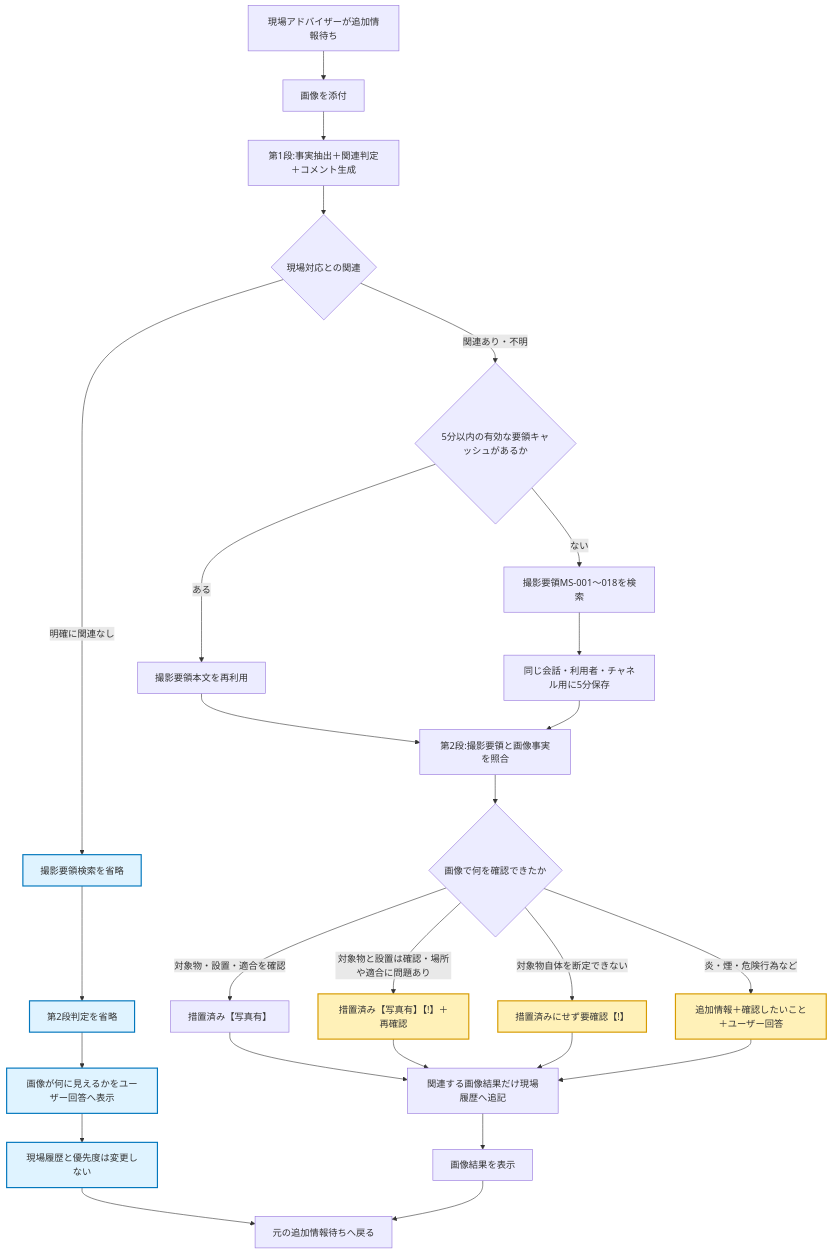
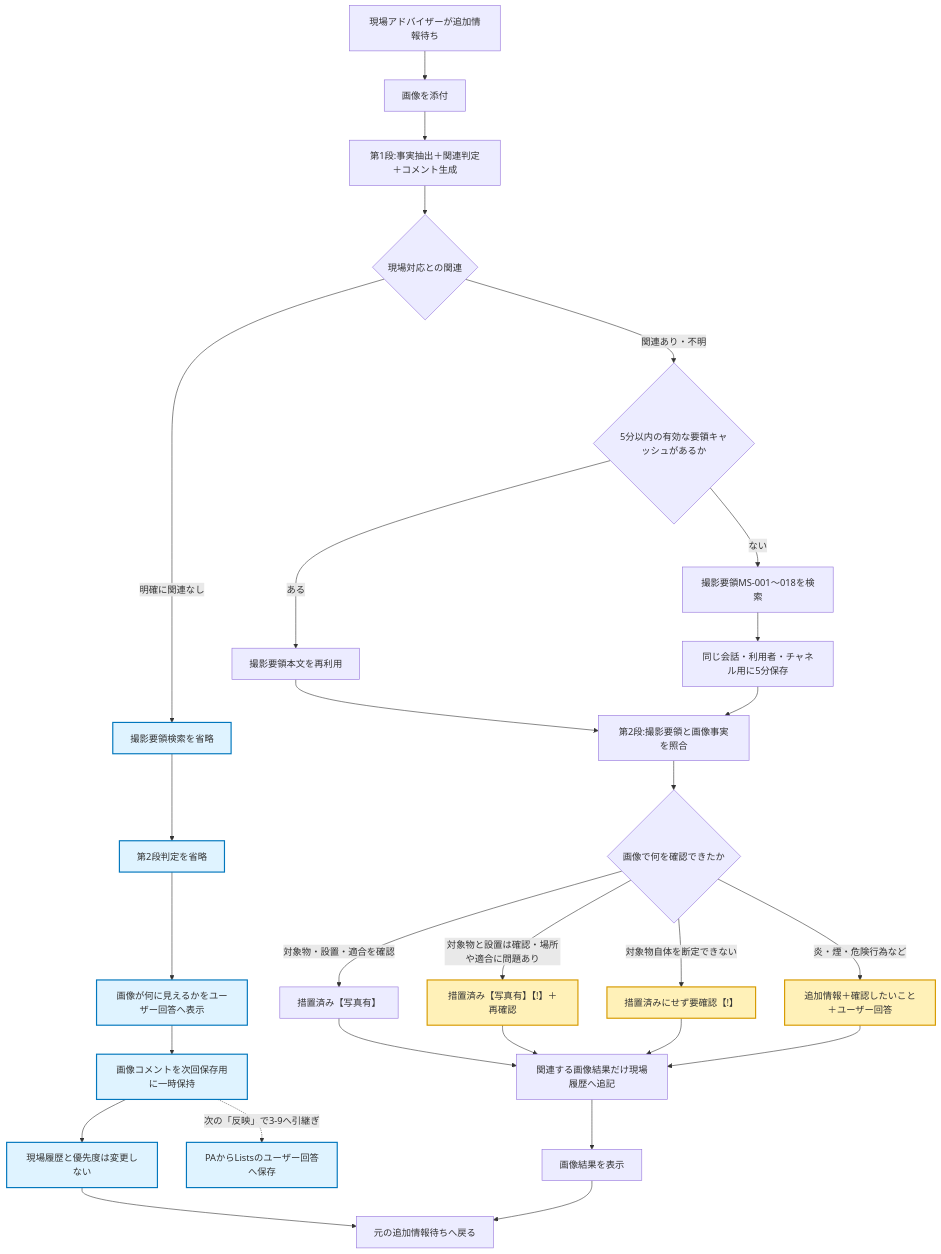
Before and after one commit to skuall555/TEST_COPA: the fifth of 6 diagrams in FIELD_CONSULT_IMAGE_FAST_20261116/変更前後フロー.md, drawn with Mermaid. The commit also changed other lines of this file and 16 other files, not shown here.

````diff
--- a/FIELD_CONSULT_IMAGE_FAST_20261116/変更前後フロー.md
+++ b/FIELD_CONSULT_IMAGE_FAST_20261116/変更前後フロー.md
@@ -155,37 +153,39 @@
 ```mermaid
 flowchart TD
     A[現場アドバイザーが追加情報待ち] --> B[画像を添付]
     B --> C[第1段:事実抽出＋関連判定＋コメント生成]
     C --> D{現場対応との関連}
 
     D -- 明確に関連なし --> E[撮影要領検索を省略]
     E --> F[第2段判定を省略]
     F --> G[画像が何に見えるかをユーザー回答へ表示]
-    G --> H[現場履歴と優先度は変更しない]
+    G --> G2[画像コメントを次回保存用に一時保持]
+    G2 --> H[現場履歴と優先度は変更しない]
     H --> Z[元の追加情報待ちへ戻る]
+    G2 -. 次の「反映」で3-9へ引継ぎ .-> Y[PAからListsのユーザー回答へ保存]
 
     D -- 関連あり・不明 --> I{5分以内の有効な要領キャッシュがあるか}
     I -- ある --> J[撮影要領本文を再利用]
     I -- ない --> K[撮影要領MS-001〜018を検索]
     K --> L[同じ会話・利用者・チャネル用に5分保存]
     J --> M[第2段:撮影要領と画像事実を照合]
     L --> M
     M --> N{画像で何を確認できたか}
 
     N -- 対象物・設置・適合を確認 --> O[措置済み【写真有】]
     N -- 対象物と設置は確認・場所や適合に問題あり --> P[措置済み【写真有】【!】＋再確認]
     N -- 対象物自体を断定できない --> Q[措置済みにせず要確認【!】]
     N -- 炎・煙・危険行為など --> R[追加情報＋確認したいこと＋ユーザー回答]
 
     O --> S[関連する画像結果だけ現場履歴へ追記]
     P --> S
     Q --> S
     R --> S
     S --> T[画像結果を表示]
     T --> Z
 
     classDef fast fill:#dff3ff,stroke:#0277bd,stroke-width:2px;
     classDef warning fill:#fff1b8,stroke:#d79b00,stroke-width:2px;
-    class E,F,G,H fast;
+    class E,F,G,G2,H,Y fast;
     class P,Q,R warning;
 ```
````
